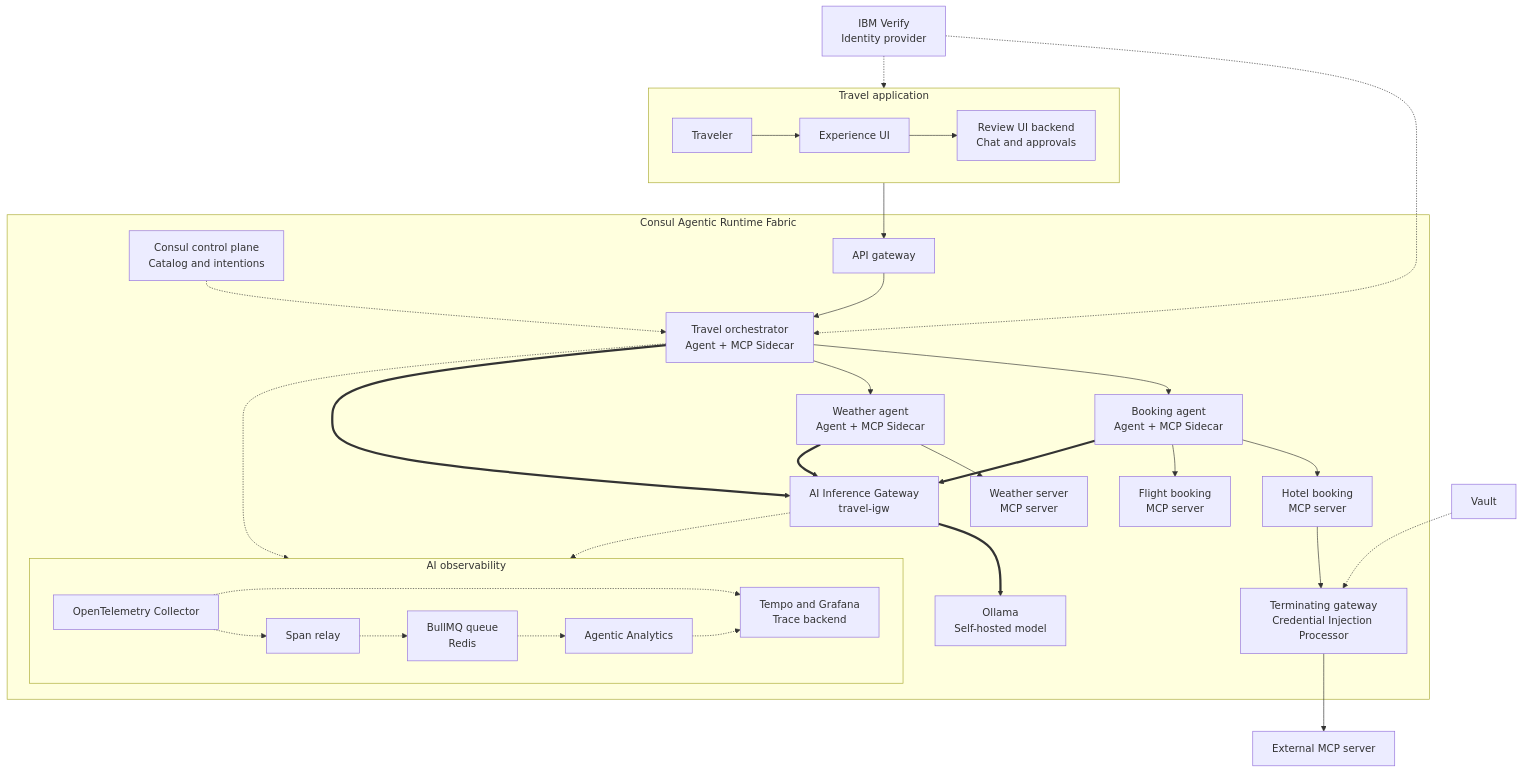
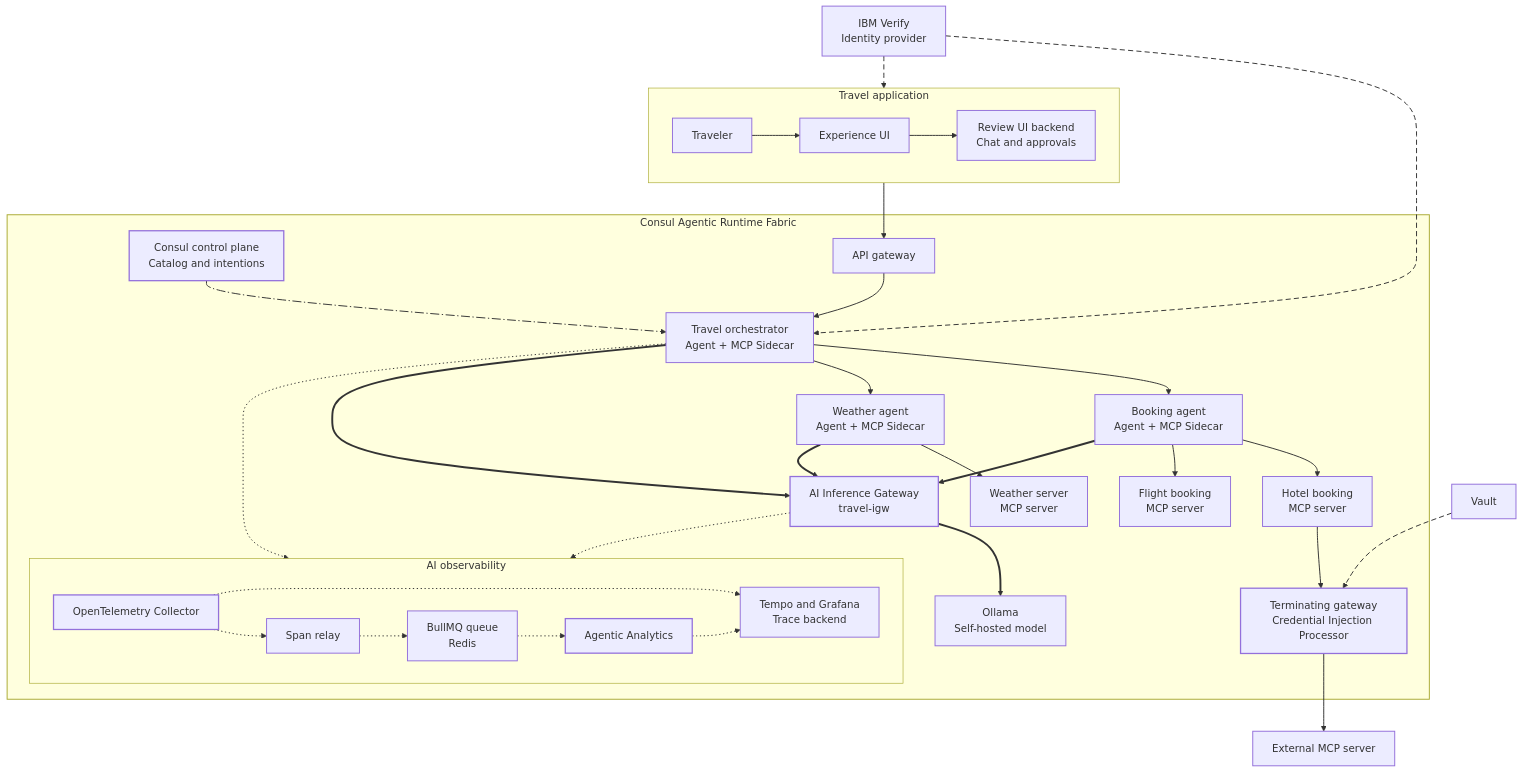
Before and after one commit to hashicorp/web-unified-docs: the diagram in content/consul/v2.1.x/diagram-sources/travel-booking-architecture.mmd, drawn with Mermaid. The commit also changed 28 other files, not shown here.

First line of the commit message:
Add Mermaid diagrams for the architecture page workflows

```diff
--- a/content/consul/v2.1.x/diagram-sources/travel-booking-architecture.mmd
+++ b/content/consul/v2.1.x/diagram-sources/travel-booking-architecture.mmd
@@ -1,64 +1,76 @@
 flowchart TB
   subgraph app["Travel application"]
     direction LR
     traveler["Traveler"]
     ui["Experience UI"]
     review["Review UI backend<br/>Chat and approvals"]
   end
   idp["IBM Verify<br/>Identity provider"]
 
   subgraph arf["Consul Agentic Runtime Fabric"]
     cp["Consul control plane<br/>Catalog and intentions"]
     apigw["API gateway"]
     orch["Travel orchestrator<br/>Agent + MCP Sidecar"]
     igw["AI Inference Gateway<br/>travel-igw"]
     weather["Weather agent<br/>Agent + MCP Sidecar"]
     booking["Booking agent<br/>Agent + MCP Sidecar"]
     model["Ollama<br/>Self-hosted model"]
     wserver["Weather server<br/>MCP server"]
     flight["Flight booking<br/>MCP server"]
     hotel["Hotel booking<br/>MCP server"]
     tgw["Terminating gateway<br/>Credential Injection Processor"]
     subgraph obs["AI observability"]
       direction LR
       otel["OpenTelemetry Collector"]
       relay["Span relay"]
       queue["BullMQ queue<br/>Redis"]
       analytics["Agentic Analytics"]
       tempo["Tempo and Grafana<br/>Trace backend"]
     end
   end
   vault["Vault"]
   extmcp["External MCP server"]
 
   %% Requests and invocations: links 0 to 10
   traveler --> ui
   ui --> review
   review --> apigw
   apigw --> orch
   orch --> booking
   orch --> weather
   booking --> hotel
   booking --> flight
   weather --> wserver
   hotel --> tgw
   tgw --> extmcp
   %% Model access: links 11 to 14
   orch ==> igw
   booking ==> igw
   weather ==> igw
   igw ==> model
   %% Identity and credentials: links 15 to 17
   idp -.-> review
   idp -.-> orch
   vault -.-> tgw
   %% Discovery and policy: link 18
   cp -.-> orch
   %% Telemetry and trace access: links 19 to 25
   igw -.-> obs
   orch -.-> obs
   otel -.-> relay
   relay -.-> queue
   queue -.-> analytics
   otel -.-> tempo
   analytics -.-> tempo
+
+  classDef default fill:$node,stroke:$node_border,stroke-width:1.5px,color:$text
+  classDef arfc fill:$node,stroke:$accent_border,stroke-width:2px,color:$text
+  class igw,tgw,cp,analytics,otel arfc
+  style arf fill:$arf,stroke:$arf_border,stroke-width:1.5px,color:$text
+  style app fill:$cluster,stroke:$cluster_border,stroke-width:1px,color:$text
+  style obs fill:$cluster,stroke:$cluster_border,stroke-width:1px,color:$text
+  linkStyle 0,1,2,3,4,5,6,7,8,9,10 stroke:$line,stroke-width:1.5px
+  linkStyle 11,12,13,14 stroke:$model,stroke-width:3px
+  linkStyle 15,16,17 stroke:$line,stroke-width:1.5px,stroke-dasharray:8 5
+  linkStyle 18 stroke:$line,stroke-width:1.5px,stroke-dasharray:14 4 2 4
+  linkStyle 19,20,21,22,23,24,25 stroke:$line,stroke-width:1.5px,stroke-dasharray:2 4
```
